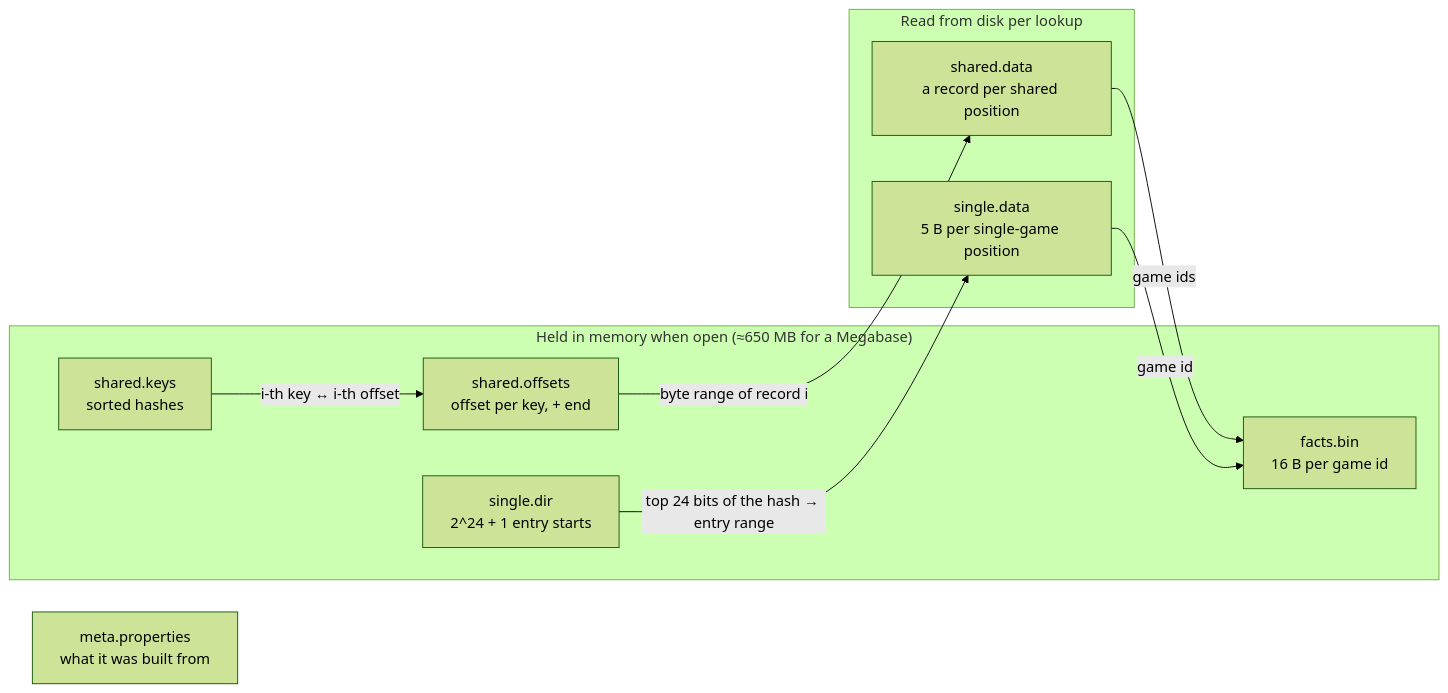
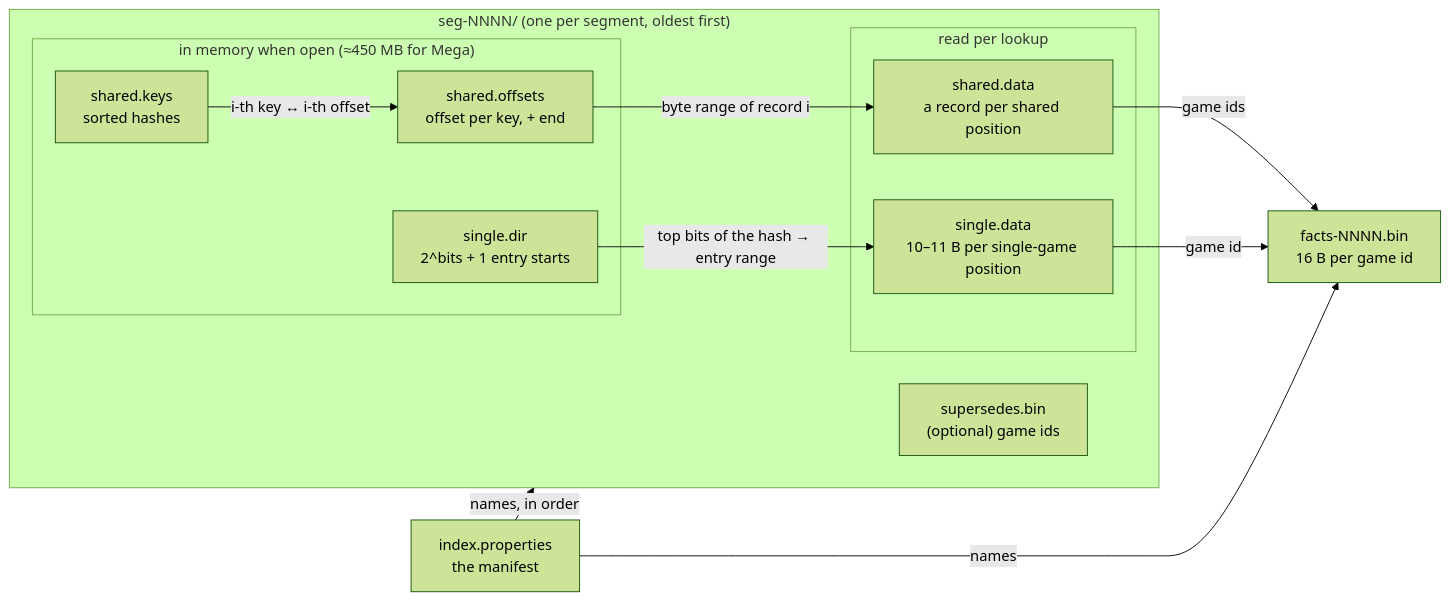
One commit to Yarin78/morphy changed the first of 5 diagrams in morphy-positions/docs/POSITION-INDEX.md. Above: the diagram before and after it, drawn with Mermaid (forest theme). The commit also changed other lines of this file and 29 other files, not shown here.

First line of the commit message:
Keep a position index as immutable segments, updated and compacted

````diff
--- a/morphy-positions/docs/POSITION-INDEX.md
+++ b/morphy-positions/docs/POSITION-INDEX.md
@@ -53,19 +58,24 @@
 ```mermaid
 flowchart LR
-  subgraph memory["Held in memory when open (≈650 MB for a Megabase)"]
-    keys["shared.keys<br/>sorted hashes"]
-    offsets["shared.offsets<br/>offset per key, + end"]
-    dir["single.dir<br/>2^24 + 1 entry starts"]
-    facts["facts.bin<br/>16 B per game id"]
+  manifest["index.properties<br/>the manifest"]
+  facts["facts-NNNN.bin<br/>16 B per game id"]
+  subgraph seg["seg-NNNN/ (one per segment, oldest first)"]
+    subgraph memory["in memory when open (≈450 MB for Mega)"]
+      keys["shared.keys<br/>sorted hashes"]
+      offsets["shared.offsets<br/>offset per key, + end"]
+      dir["single.dir<br/>2^bits + 1 entry starts"]
+    end
+    subgraph disk["read per lookup"]
+      sdata["shared.data<br/>a record per shared position"]
+      single["single.data<br/>10–11 B per single-game position"]
+    end
+    sup["supersedes.bin<br/>(optional) game ids"]
   end
-  subgraph disk["Read from disk per lookup"]
-    sdata["shared.data<br/>a record per shared position"]
-    single["single.data<br/>5 B per single-game position"]
-  end
-  meta["meta.properties<br/>what it was built from"]
+  manifest -- "names" --> facts
+  manifest -- "names, in order" --> seg
   keys -- "i-th key ↔ i-th offset" --> offsets
   offsets -- "byte range of record i" --> sdata
-  dir -- "top 24 bits of the hash → entry range" --> single
+  dir -- "top bits of the hash → entry range" --> single
   sdata -- "game ids" --> facts
   single -- "game id" --> facts
 ```
````
